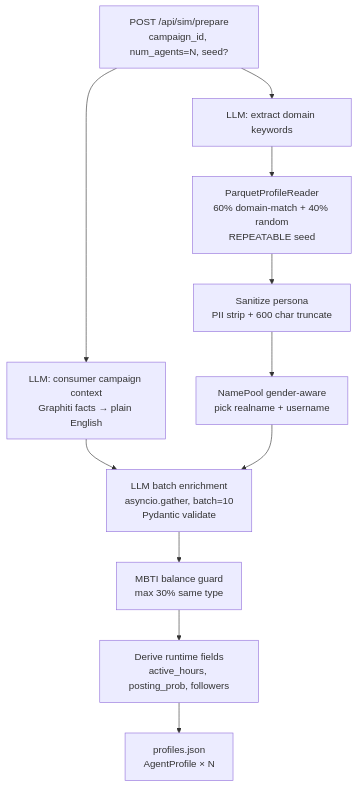
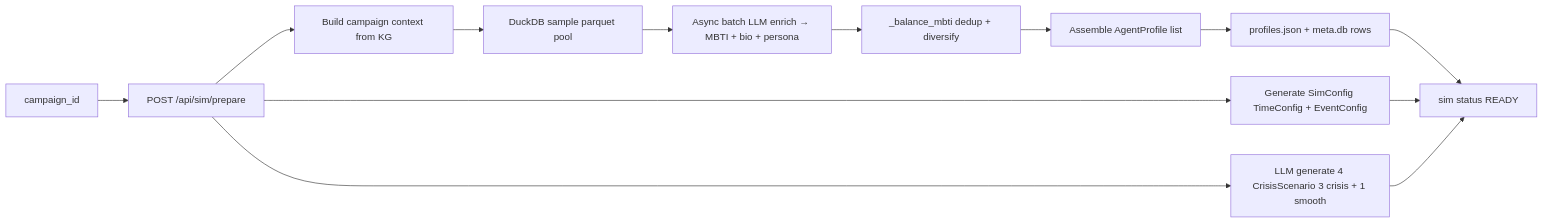
Before and after one commit to qchien643/EcoSim: the diagram in docs/04_agent_generation.md, drawn with Mermaid. The commit also changed other lines of this file and 37 other files, not shown here.

````diff
--- a/docs/04_agent_generation.md
+++ b/docs/04_agent_generation.md
@@ -7,13 +11,15 @@
 ```mermaid
-flowchart TB
-    In[POST /api/sim/prepare<br/>campaign_id, num_agents=N, seed?] --> D[LLM: extract domain keywords]
-    D --> S[ParquetProfileReader<br/>60% domain-match + 40% random<br/>REPEATABLE seed]
-    S --> San[Sanitize persona<br/>PII strip + 600 char truncate]
-    In --> C[LLM: consumer campaign context<br/>Graphiti facts → plain English]
-    San --> N[NamePool gender-aware<br/>pick realname + username]
-    C --> E[LLM batch enrichment<br/>asyncio.gather, batch=10<br/>Pydantic validate]
-    N --> E
-    E --> M[MBTI balance guard<br/>max 30% same type]
-    M --> R[Derive runtime fields<br/>active_hours, posting_prob, followers]
-    R --> Out[profiles.json<br/>AgentProfile × N]
+flowchart LR
+    Cid[campaign_id] --> Prep[POST /api/sim/prepare]
+    Prep --> CtxKG[Build campaign context from KG]
+    CtxKG --> Sample[DuckDB sample parquet pool]
+    Sample --> Enrich[Async batch LLM enrich → MBTI + bio + persona]
+    Enrich --> Balance[_balance_mbti dedup + diversify]
+    Balance --> Assemble[Assemble AgentProfile list]
+    Assemble --> Write[profiles.json + meta.db rows]
+    Prep --> Config[Generate SimConfig TimeConfig + EventConfig]
+    Prep --> Crisis[LLM generate 4 CrisisScenario 3 crisis + 1 smooth]
+    Write --> Done[sim status READY]
+    Config --> Done
+    Crisis --> Done
 ```
````
